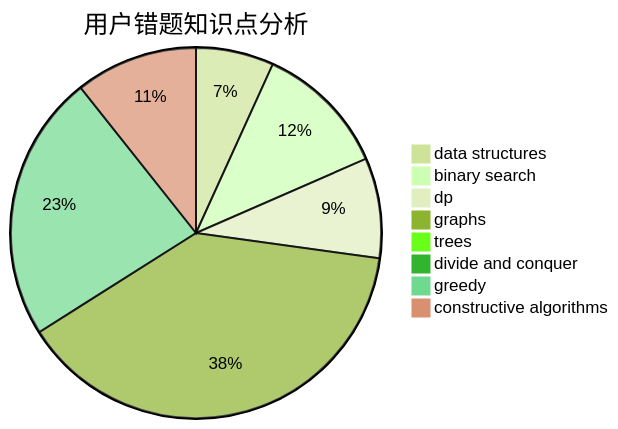
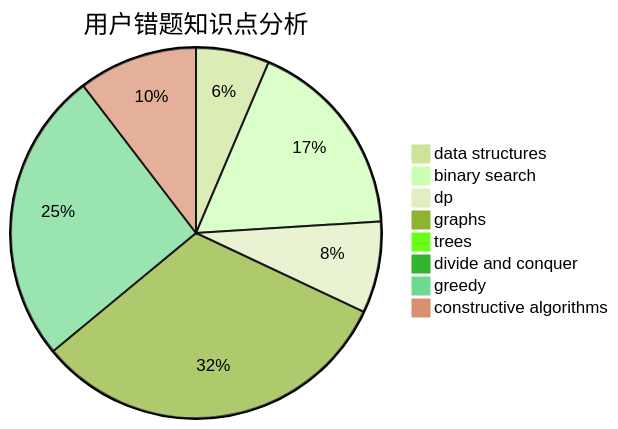
One commit to sherpahu/cfrs.github.io changed the third of 3 diagrams in docs/user/u1871.md. Above: the diagram before and after it, drawn with Mermaid (forest theme). The commit also changed other lines of this file and 2770 other files, not shown here.

````diff
--- a/docs/user/u1871.md
+++ b/docs/user/u1871.md
@@ -36,11 +36,11 @@
 ```mermaid
 pie title 用户错题知识点分析
-    "data structures" :  7
-    "binary search" :  12
-    "dp" :  9
+    "data structures" :  8
+    "binary search" :  22
+    "dp" :  10
     "graphs" :  40
     "trees" :  1
     "divide and conquer" :  0
-    "greedy" :  24
-    "constructive algorithms" :  11
+    "greedy" :  32
+    "constructive algorithms" :  13
 ```
````
